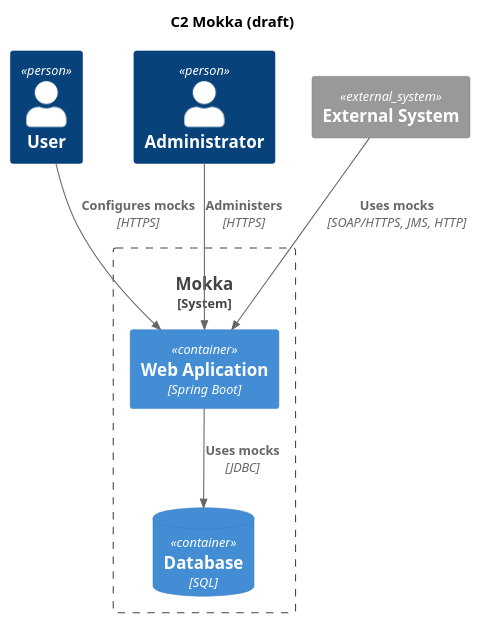
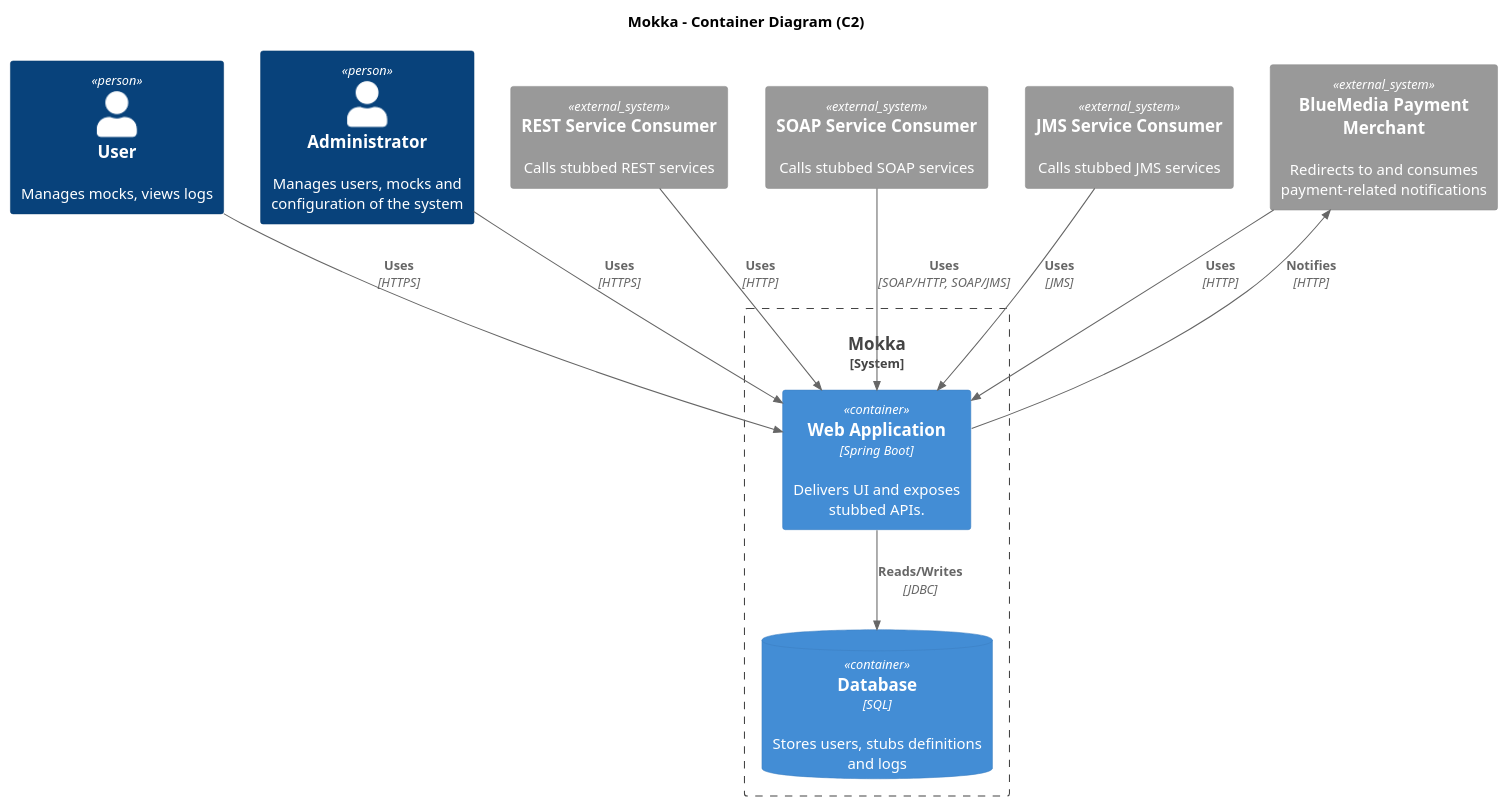
The diagram in doc/c4model/c2.puml (hycomsa/mokka), drawn with PlantUML before and after one commit. The commit also changed 2 other files, not shown here.

```diff
--- a/doc/c4model/c2.puml
+++ b/doc/c4model/c2.puml
@@ -1,21 +1,28 @@
 @startuml
 !includeurl https://raw.githubusercontent.com/RicardoNiepel/C4-PlantUML/release/1-0/C4_Container.puml
 
-title C2 Mokka (draft)
+title Mokka - Container Diagram (C2)
 
-Person(user, "User", "")
-Person(adm, "Administrator", "")
-System_Ext(externalSystem, "External System", "")
+Person(user, "User", "Manages mocks, views logs")
+Person(adm, "Administrator", "Manages users, mocks and configuration of the system")
+System_Ext(restServiceConsumer, "REST Service Consumer", "Calls stubbed REST services")
+System_Ext(soapServiceConsumer, "SOAP Service Consumer", "Calls stubbed SOAP services")
+System_Ext(jmsServiceConsumer, "JMS Service Consumer", "Calls stubbed JMS services")
+System_Ext(paymentMerchant, "BlueMedia Payment Merchant", "Redirects to and consumes payment-related notifications")
 
 System_Boundary(c1, "Mokka"){
-    Container(web_app, "Web Aplication", "Spring Boot", "")
-    ContainerDb(db, "Database", "SQL", "")
+    Container(web_app, "Web Application", "Spring Boot", "Delivers UI and exposes stubbed APIs.")
+    ContainerDb(db, "Database", "SQL", "Stores users, stubs definitions and logs")
 }
 
-Rel(user, web_app, "Configures mocks", "HTTPS")
-Rel(adm, web_app, "Administers", "HTTPS")
-Rel(externalSystem, web_app, "Uses mocks", "SOAP/HTTPS, JMS, HTTP")
-Rel(web_app, db, "Uses mocks", "JDBC")
+Rel(user, web_app, "Uses", "HTTPS")
+Rel(adm, web_app, "Uses", "HTTPS")
+Rel(restServiceConsumer, web_app, "Uses", "HTTP")
+Rel(soapServiceConsumer, web_app, "Uses", "SOAP/HTTP, SOAP/JMS")
+Rel(jmsServiceConsumer, web_app, "Uses", "JMS")
+Rel(web_app, db, "Reads/Writes", "JDBC")
+Rel(paymentMerchant, web_app, "Uses", "HTTP")
+Rel(web_app, paymentMerchant, "Notifies", "HTTP")
 
 
 @enduml
```
